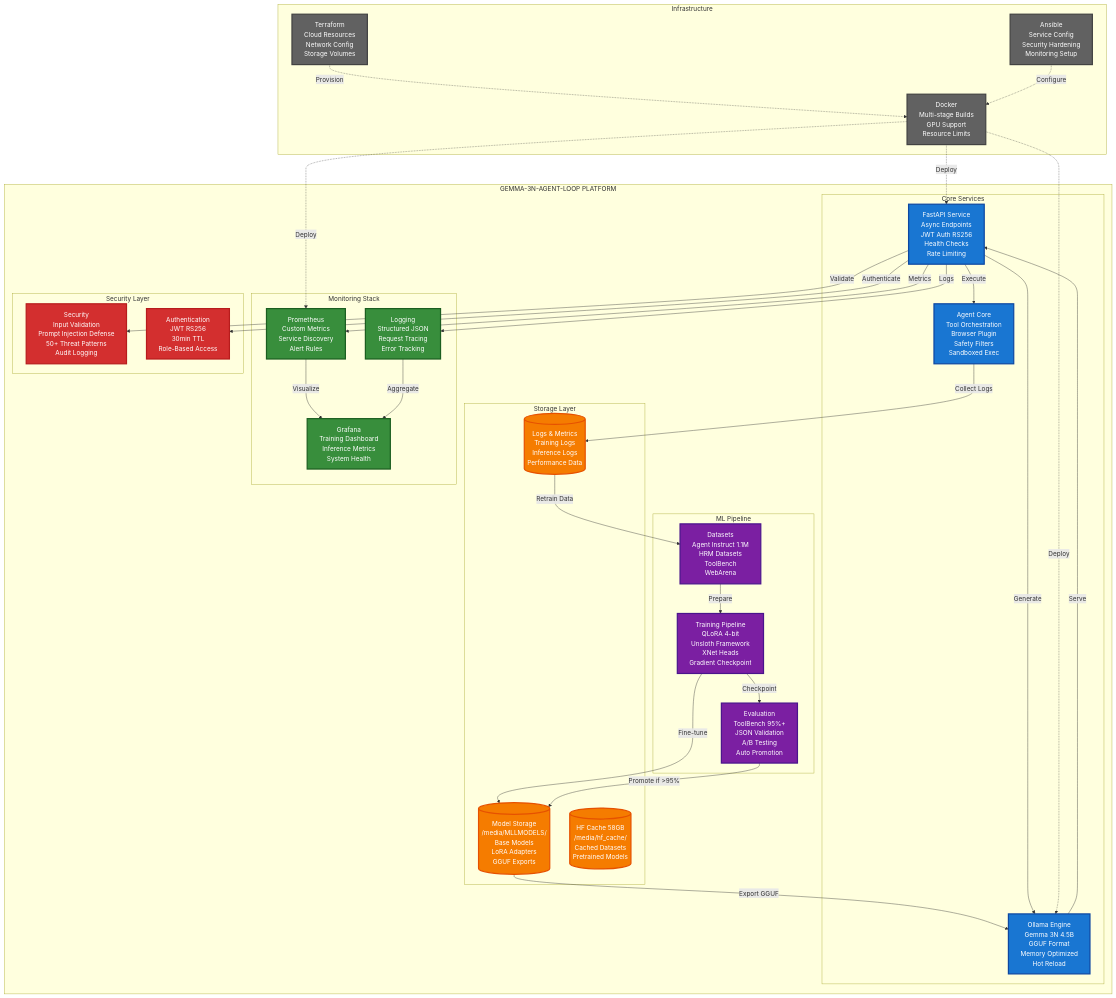
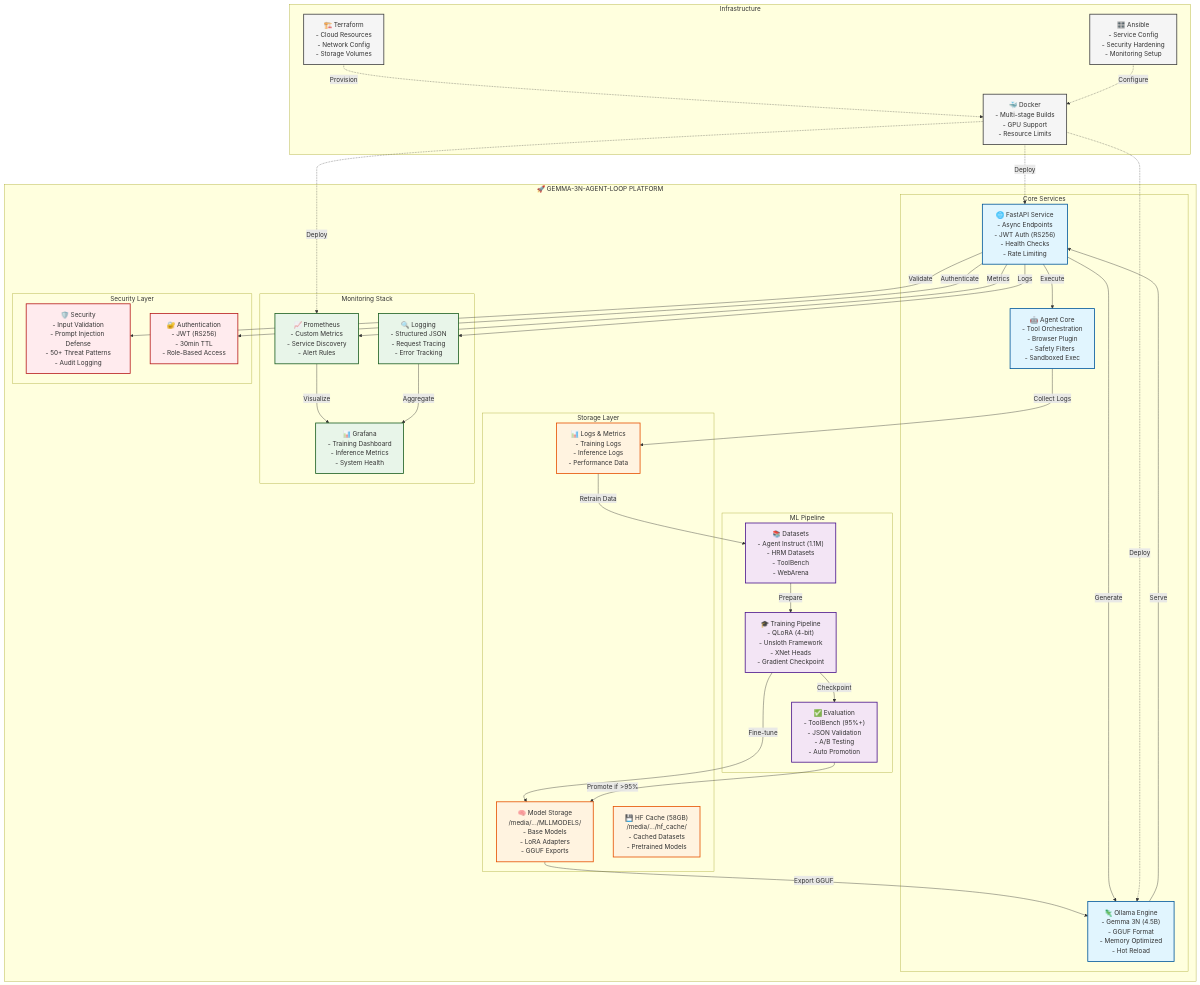
Before and after one commit to genialo555/agent_loop: the first of 5 diagrams in README.md, drawn with Mermaid. The commit also changed other lines of this file and 249 other files, not shown here.

````diff
--- a/README.md
+++ b/README.md
@@ -34,80 +148,80 @@
 ```mermaid
 graph TB
-    subgraph PLATFORM["GEMMA-3N-AGENT-LOOP PLATFORM"]
-        subgraph CORE["Core Services"]
-            API["FastAPI Service<br/>Async Endpoints<br/>JWT Auth RS256<br/>Health Checks<br/>Rate Limiting"]
-            OLLAMA["Ollama Engine<br/>Gemma 3N 4.5B<br/>GGUF Format<br/>Memory Optimized<br/>Hot Reload"]
-            AGENT["Agent Core<br/>Tool Orchestration<br/>Browser Plugin<br/>Safety Filters<br/>Sandboxed Exec"]
+    subgraph "🚀 GEMMA-3N-AGENT-LOOP PLATFORM"
+        subgraph "Core Services"
+            API["🌐 FastAPI Service<br/>- Async Endpoints<br/>- JWT Auth (RS256)<br/>- Health Checks<br/>- Rate Limiting"]
+            OLLAMA["🦎 Ollama Engine<br/>- Gemma 3N (4.5B)<br/>- GGUF Format<br/>- Memory Optimized<br/>- Hot Reload"]
+            AGENT["🤖 Agent Core<br/>- Tool Orchestration<br/>- Browser Plugin<br/>- Safety Filters<br/>- Sandboxed Exec"]
         end
 
-        subgraph ML["ML Pipeline"]
-            TRAIN["Training Pipeline<br/>QLoRA 4-bit<br/>Unsloth Framework<br/>XNet Heads<br/>Gradient Checkpoint"]
-            EVAL["Evaluation<br/>ToolBench 95%+<br/>JSON Validation<br/>A/B Testing<br/>Auto Promotion"]
-            DATA["Datasets<br/>Agent Instruct 1.1M<br/>HRM Datasets<br/>ToolBench<br/>WebArena"]
+        subgraph "ML Pipeline"
+            TRAIN["🎓 Training Pipeline<br/>- QLoRA (4-bit)<br/>- Unsloth Framework<br/>- XNet Heads<br/>- Gradient Checkpoint"]
+            EVAL["✅ Evaluation<br/>- ToolBench (95%+)<br/>- JSON Validation<br/>- A/B Testing<br/>- Auto Promotion"]
+            DATA["📚 Datasets<br/>- Agent Instruct (1.1M)<br/>- HRM Datasets<br/>- ToolBench<br/>- WebArena"]
         end
 
-        subgraph STORAGE["Storage Layer"]
-            MODELS[("Model Storage<br/>/media/MLLMODELS/<br/>Base Models<br/>LoRA Adapters<br/>GGUF Exports")]
-            HF[("HF Cache 58GB<br/>/media/hf_cache/<br/>Cached Datasets<br/>Pretrained Models")]
-            LOGS[("Logs & Metrics<br/>Training Logs<br/>Inference Logs<br/>Performance Data")]
+        subgraph "Storage Layer"
+            MODELS["🧠 Model Storage<br/>/media/.../MLLMODELS/<br/>- Base Models<br/>- LoRA Adapters<br/>- GGUF Exports"]
+            HF["💾 HF Cache (58GB)<br/>/media/.../hf_cache/<br/>- Cached Datasets<br/>- Pretrained Models"]
+            LOGS["📊 Logs & Metrics<br/>- Training Logs<br/>- Inference Logs<br/>- Performance Data"]
         end
 
-        subgraph MONITORING["Monitoring Stack"]
-            PROM["Prometheus<br/>Custom Metrics<br/>Service Discovery<br/>Alert Rules"]
-            GRAF["Grafana<br/>Training Dashboard<br/>Inference Metrics<br/>System Health"]
-            LOG["Logging<br/>Structured JSON<br/>Request Tracing<br/>Error Tracking"]
+        subgraph "Monitoring Stack"
+            PROM["📈 Prometheus<br/>- Custom Metrics<br/>- Service Discovery<br/>- Alert Rules"]
+            GRAF["📊 Grafana<br/>- Training Dashboard<br/>- Inference Metrics<br/>- System Health"]
+            LOG["🔍 Logging<br/>- Structured JSON<br/>- Request Tracing<br/>- Error Tracking"]
         end
 
-        subgraph SECURITY["Security Layer"]
-            SEC["Security<br/>Input Validation<br/>Prompt Injection Defense<br/>50+ Threat Patterns<br/>Audit Logging"]
-            AUTH["Authentication<br/>JWT RS256<br/>30min TTL<br/>Role-Based Access"]
+        subgraph "Security Layer"
+            SEC["🛡️ Security<br/>- Input Validation<br/>- Prompt Injection Defense<br/>- 50+ Threat Patterns<br/>- Audit Logging"]
+            AUTH["🔐 Authentication<br/>- JWT (RS256)<br/>- 30min TTL<br/>- Role-Based Access"]
         end
     end
 
-    subgraph INFRA["Infrastructure"]
-        DOCKER["Docker<br/>Multi-stage Builds<br/>GPU Support<br/>Resource Limits"]
-        TERRA["Terraform<br/>Cloud Resources<br/>Network Config<br/>Storage Volumes"]
-        ANSIBLE["Ansible<br/>Service Config<br/>Security Hardening<br/>Monitoring Setup"]
+    subgraph "Infrastructure"
+        DOCKER["🐳 Docker<br/>- Multi-stage Builds<br/>- GPU Support<br/>- Resource Limits"]
+        TERRA["🏗️ Terraform<br/>- Cloud Resources<br/>- Network Config<br/>- Storage Volumes"]
+        ANSIBLE["🎛️ Ansible<br/>- Service Config<br/>- Security Hardening<br/>- Monitoring Setup"]
     end
 
     %% MLOps Cycle
-    DATA -->|Prepare| TRAIN
-    TRAIN -->|Fine-tune| MODELS
-    MODELS -->|Export GGUF| OLLAMA
-    OLLAMA -->|Serve| API
-    API -->|Execute| AGENT
-    AGENT -->|Collect Logs| LOGS
-    LOGS -->|Retrain Data| DATA
+    DATA -->|"Prepare"| TRAIN
+    TRAIN -->|"Fine-tune"| MODELS
+    MODELS -->|"Export GGUF"| OLLAMA
+    OLLAMA -->|"Serve"| API
+    API -->|"Execute"| AGENT
+    AGENT -->|"Collect Logs"| LOGS
+    LOGS -->|"Retrain Data"| DATA
     
     %% Evaluation Flow
-    TRAIN -->|Checkpoint| EVAL
-    EVAL -->|Promote if >95%| MODELS
+    TRAIN -->|"Checkpoint"| EVAL
+    EVAL -->|"Promote if >95%"| MODELS
     
     %% API Interactions
-    API -->|Generate| OLLAMA
-    API -->|Metrics| PROM
-    API -->|Logs| LOG
-    API -->|Validate| SEC
-    API -->|Authenticate| AUTH
+    API -->|"Generate"| OLLAMA
+    API -->|"Metrics"| PROM
+    API -->|"Logs"| LOG
+    API -->|"Validate"| SEC
+    API -->|"Authenticate"| AUTH
     
     %% Monitoring
-    PROM -->|Visualize| GRAF
-    LOG -->|Aggregate| GRAF
+    PROM -->|"Visualize"| GRAF
+    LOG -->|"Aggregate"| GRAF
     
     %% Infrastructure
-    DOCKER -.->|Deploy| API
-    DOCKER -.->|Deploy| OLLAMA
-    DOCKER -.->|Deploy| PROM
-    TERRA -.->|Provision| DOCKER
-    ANSIBLE -.->|Configure| DOCKER
+    DOCKER -.->|"Deploy"| API
+    DOCKER -.->|"Deploy"| OLLAMA
+    DOCKER -.->|"Deploy"| PROM
+    TERRA -.->|"Provision"| DOCKER
+    ANSIBLE -.->|"Configure"| DOCKER
 
-    %% Styling with better contrast
-    classDef core fill:#1976D2,stroke:#0D47A1,stroke-width:3px,color:#FFFFFF
-    classDef ml fill:#7B1FA2,stroke:#4A148C,stroke-width:3px,color:#FFFFFF
-    classDef storage fill:#F57C00,stroke:#E65100,stroke-width:3px,color:#FFFFFF
-    classDef monitor fill:#388E3C,stroke:#1B5E20,stroke-width:3px,color:#FFFFFF
-    classDef security fill:#D32F2F,stroke:#B71C1C,stroke-width:3px,color:#FFFFFF
-    classDef infra fill:#616161,stroke:#424242,stroke-width:3px,color:#FFFFFF
+    %% Styling
+    classDef core fill:#e1f5fe,stroke:#01579b,stroke-width:2px
+    classDef ml fill:#f3e5f5,stroke:#4a148c,stroke-width:2px
+    classDef storage fill:#fff3e0,stroke:#e65100,stroke-width:2px
+    classDef monitor fill:#e8f5e9,stroke:#1b5e20,stroke-width:2px
+    classDef security fill:#ffebee,stroke:#b71c1c,stroke-width:2px
+    classDef infra fill:#f5f5f5,stroke:#424242,stroke-width:2px
     
     class API,OLLAMA,AGENT core
     class TRAIN,EVAL,DATA ml
````
